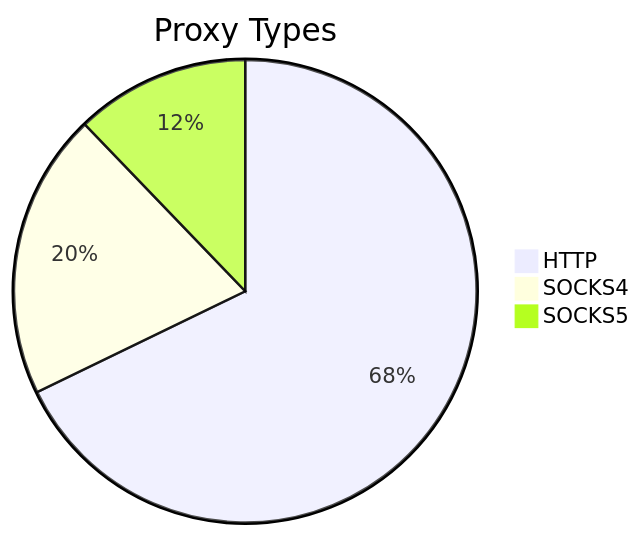
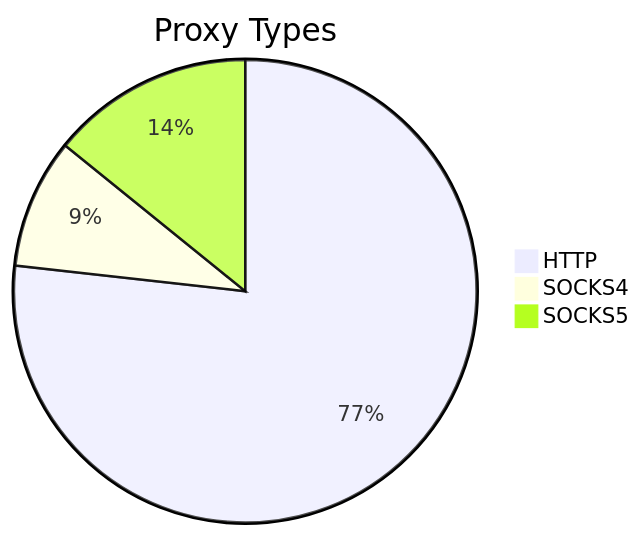
The first of 2 diagrams in README.md (stormsia/proxy-list), drawn with Mermaid before and after one commit. The commit also changed other lines of this file, not shown here.

````diff
--- a/README.md
+++ b/README.md
@@ -21,6 +21,6 @@
 ```mermaid
 pie title Proxy Types
-    "HTTP" : 512
-    "SOCKS4" : 151
-    "SOCKS5" : 92
+    "HTTP" : 271
+    "SOCKS4" : 32
+    "SOCKS5" : 50
 ```
````
